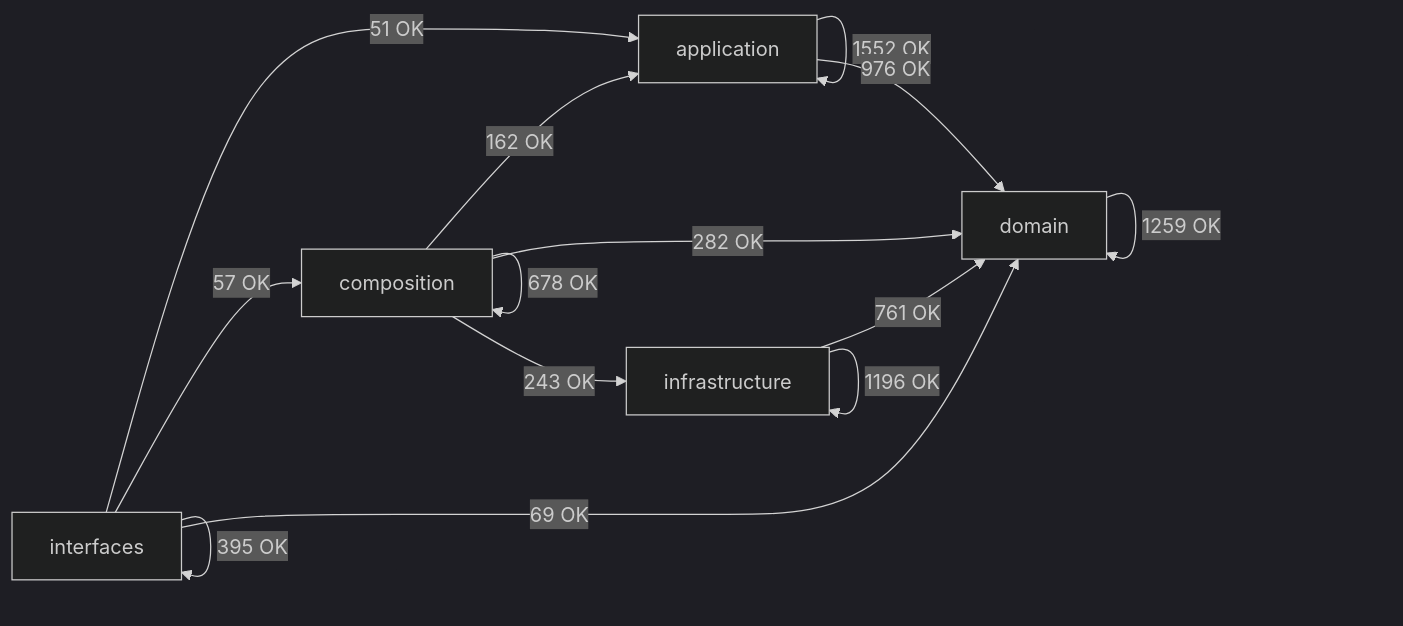
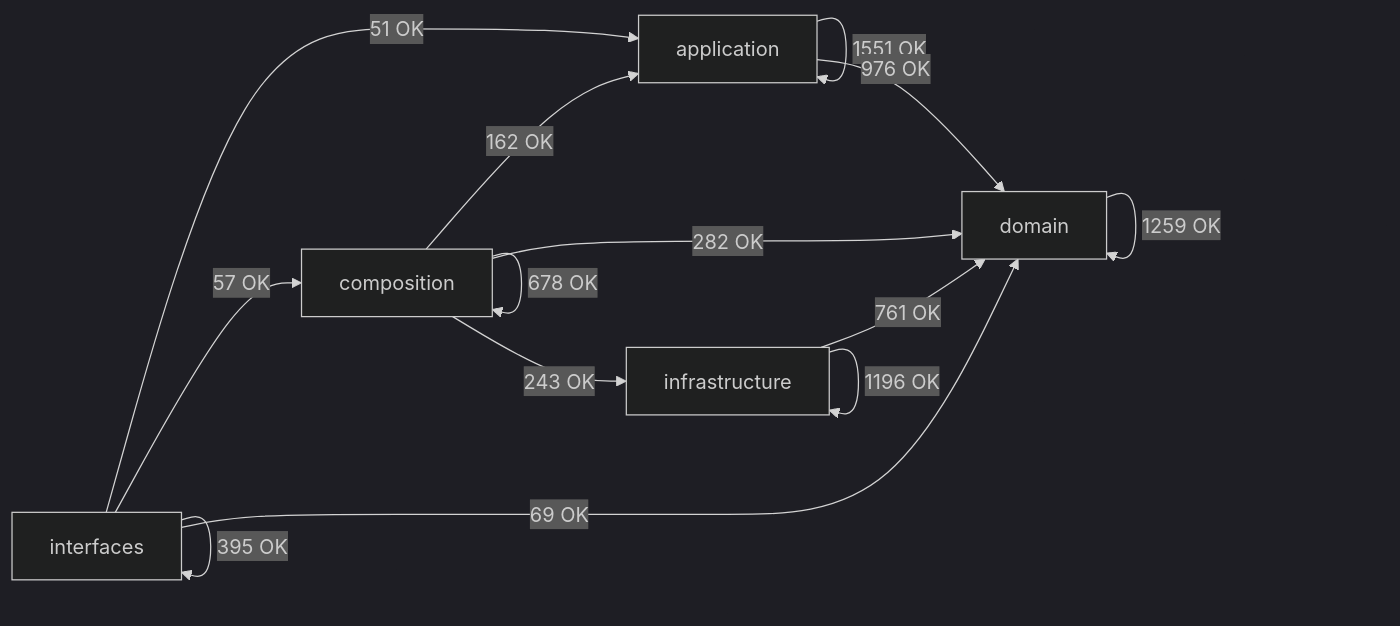
Before and after one commit to SatoryKono/BioactivityDataAcquisition: the diagram in docs/02-architecture/generated/module-dependency-map.md, drawn with Mermaid (dark theme). The commit also changed other lines of this file and 3 other files, not shown here.

````diff
--- a/docs/02-architecture/generated/module-dependency-map.md
+++ b/docs/02-architecture/generated/module-dependency-map.md
@@ -17,21 +17,21 @@
 ```mermaid
 flowchart LR
     domain[domain]
     application[application]
     infrastructure[infrastructure]
     composition[composition]
     interfaces[interfaces]
-    application -->|1552 OK| application
+    application -->|1551 OK| application
     application -->|976 OK| domain
     composition -->|162 OK| application
     composition -->|678 OK| composition
     composition -->|282 OK| domain
     composition -->|243 OK| infrastructure
     domain -->|1259 OK| domain
     infrastructure -->|761 OK| domain
     infrastructure -->|1196 OK| infrastructure
     interfaces -->|51 OK| application
     interfaces -->|57 OK| composition
     interfaces -->|69 OK| domain
     interfaces -->|395 OK| interfaces
 ```
````
